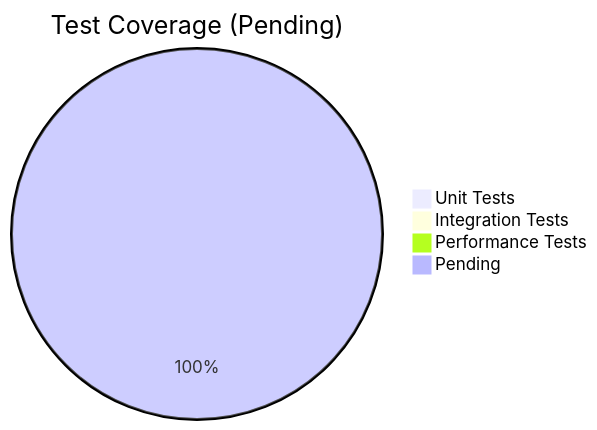
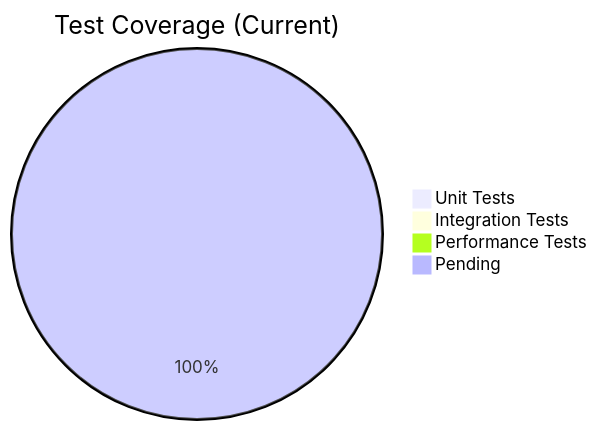
Before and after one commit to hackathon-nstech/database-nsdocs-consumption-module: the second of 3 diagrams in memory-bank/progress.md, drawn with Mermaid. The commit also changed other lines of this file and 18 other files, not shown here.

````diff
--- a/memory-bank/progress.md
+++ b/memory-bank/progress.md
@@ -118,7 +137,7 @@
 ```mermaid
-pie title Test Coverage (Pending)
+pie title Test Coverage (Current)
     "Unit Tests" : 0
     "Integration Tests" : 0
     "Performance Tests" : 0
     "Pending" : 100
 ```
````
